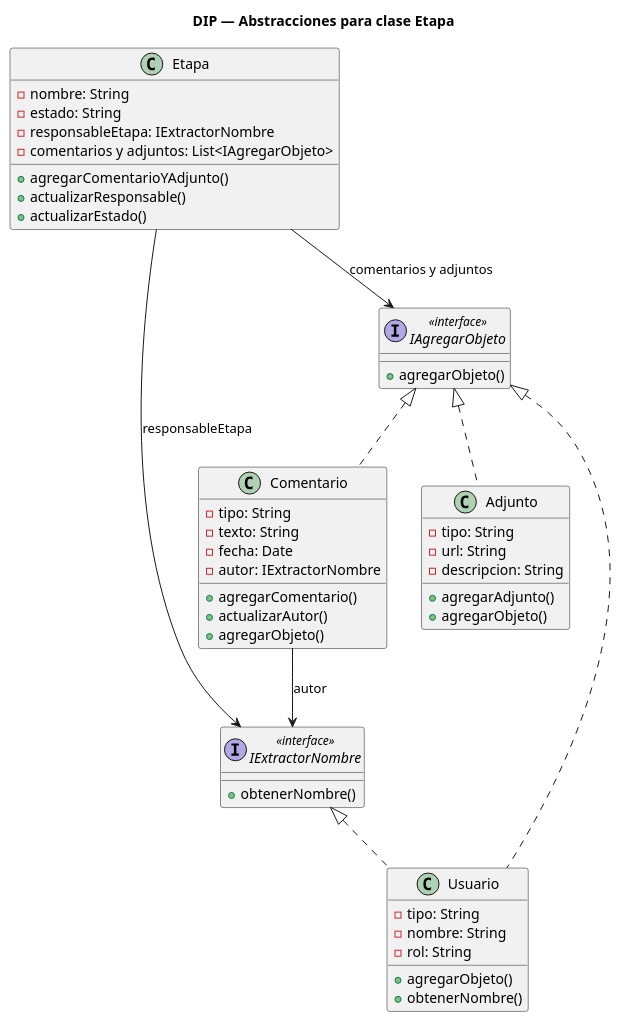
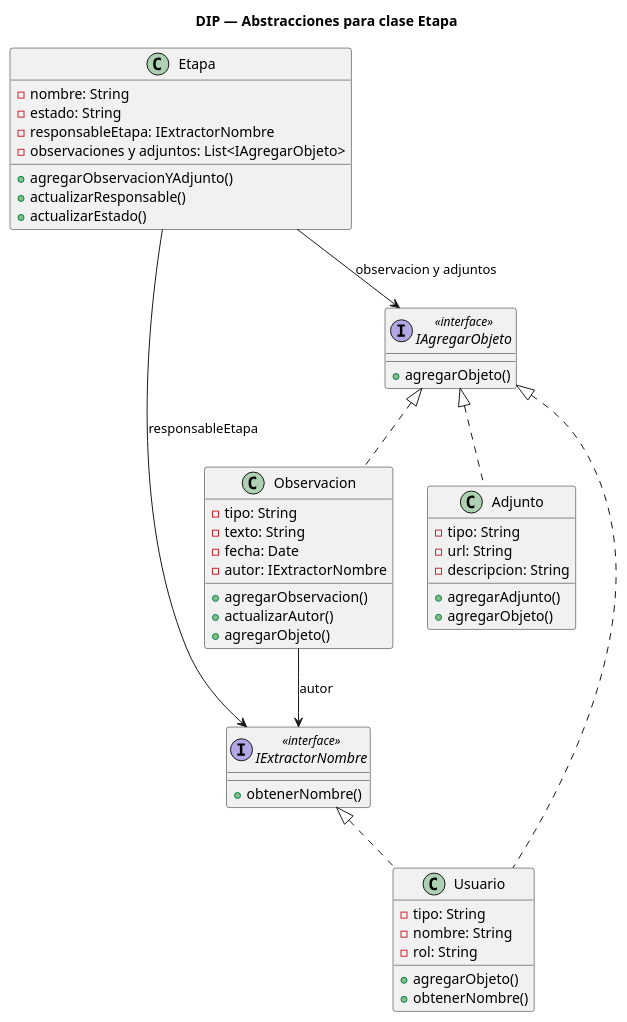
Before and after one commit to 9919-Mili/SistemaProductoraVideos: the diagram in diagramas/01-diagrama-clases/01-solid-05-dip.puml, drawn with PlantUML. The commit also changed 22 other files, not shown here.

```diff
--- a/diagramas/01-diagrama-clases/01-solid-05-dip.puml
+++ b/diagramas/01-diagrama-clases/01-solid-05-dip.puml
@@ -1,63 +1,63 @@
 @startuml 01-solid-05-dip
 title DIP — Abstracciones para clase Etapa
 
 interface IExtractorNombre <<interface>> {
   + obtenerNombre()
 }
 
 interface IAgregarObjeto <<interface>> {
   + agregarObjeto()
 }
 
 class Etapa {
   - nombre: String
   - estado: String
   - responsableEtapa: IExtractorNombre
-  - comentarios y adjuntos: List<IAgregarObjeto>
-  + agregarComentarioYAdjunto()
+  - observaciones y adjuntos: List<IAgregarObjeto>
+  + agregarObservacionYAdjunto()
   + actualizarResponsable()
   + actualizarEstado()
 }
 
 class Usuario  {
   - tipo: String
   - nombre: String
   - rol: String
 }
-class Comentario  {
+class Observacion  {
   - tipo: String
   - texto: String
   - fecha: Date
   - autor: IExtractorNombre
-  + agregarComentario()
+  + agregarObservacion()
   + actualizarAutor()
 }
 
 class Adjunto  {
   - tipo: String
   - url: String
   - descripcion: String
   + agregarAdjunto()
 }
 
-class Comentario implements IAgregarObjeto {
+class Observacion implements IAgregarObjeto {
   + agregarObjeto()
 }
 
 class Adjunto implements IAgregarObjeto {
   + agregarObjeto()
 }
 
 class Usuario implements IAgregarObjeto {
   + agregarObjeto()
 }
 
 class Usuario implements IExtractorNombre {
   + obtenerNombre()
 }
 
-Etapa --> IAgregarObjeto : comentarios y adjuntos
+Etapa --> IAgregarObjeto : observacion y adjuntos
 Etapa --> IExtractorNombre : responsableEtapa
-Comentario --> IExtractorNombre : autor
+Observacion --> IExtractorNombre : autor
 
 @enduml
```
